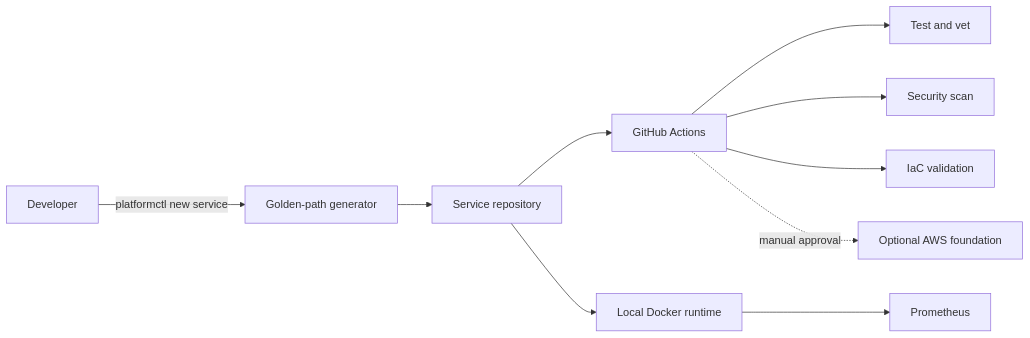
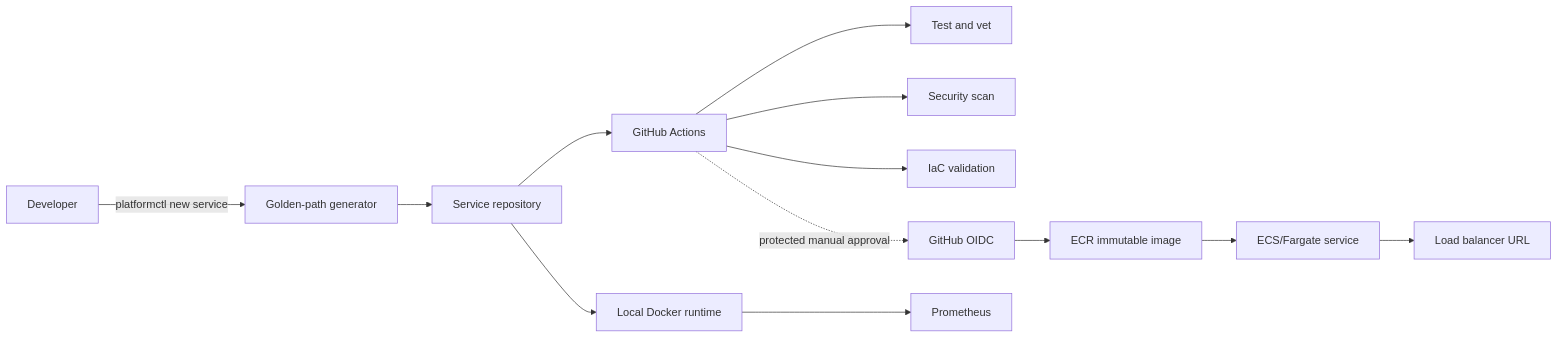
One commit to kkassim1/kwam-developer-platform changed the diagram in docs/architecture.md. Above: the diagram before and after it, drawn with Mermaid. The commit also changed other lines of this file and 22 other files, not shown here.

````diff
--- a/docs/architecture.md
+++ b/docs/architecture.md
@@ -5,12 +5,15 @@
 ```mermaid
 flowchart LR
     D[Developer] -->|platformctl new service| G[Golden-path generator]
     G --> R[Service repository]
     R --> CI[GitHub Actions]
     CI --> T[Test and vet]
     CI --> S[Security scan]
     CI --> I[IaC validation]
     R --> L[Local Docker runtime]
     L --> P[Prometheus]
-    CI -. manual approval .-> C[Optional AWS foundation]
+    CI -. protected manual approval .-> O[GitHub OIDC]
+    O --> E[ECR immutable image]
+    E --> C[ECS/Fargate service]
+    C --> A[Load balancer URL]
 ```
````
